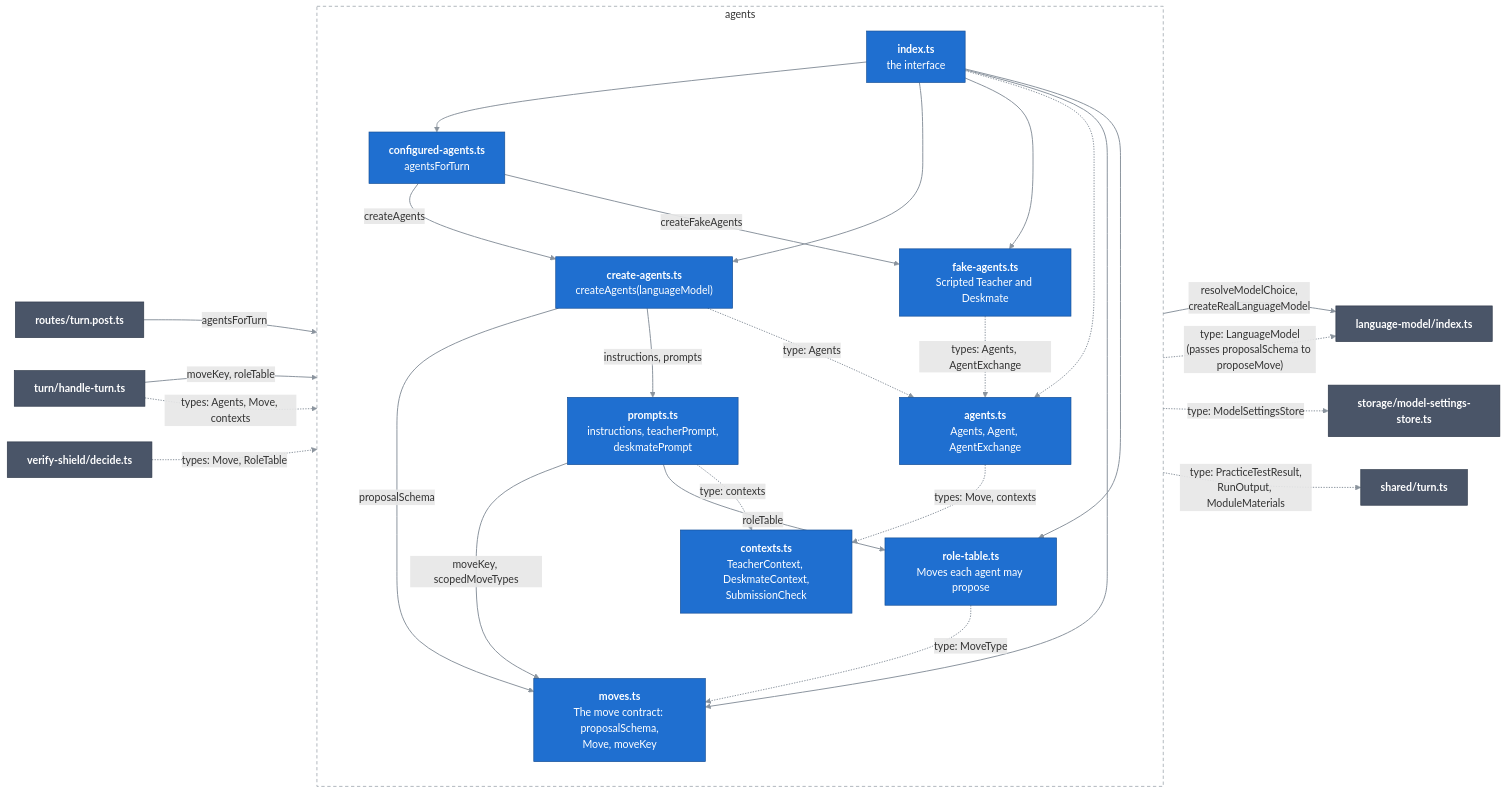
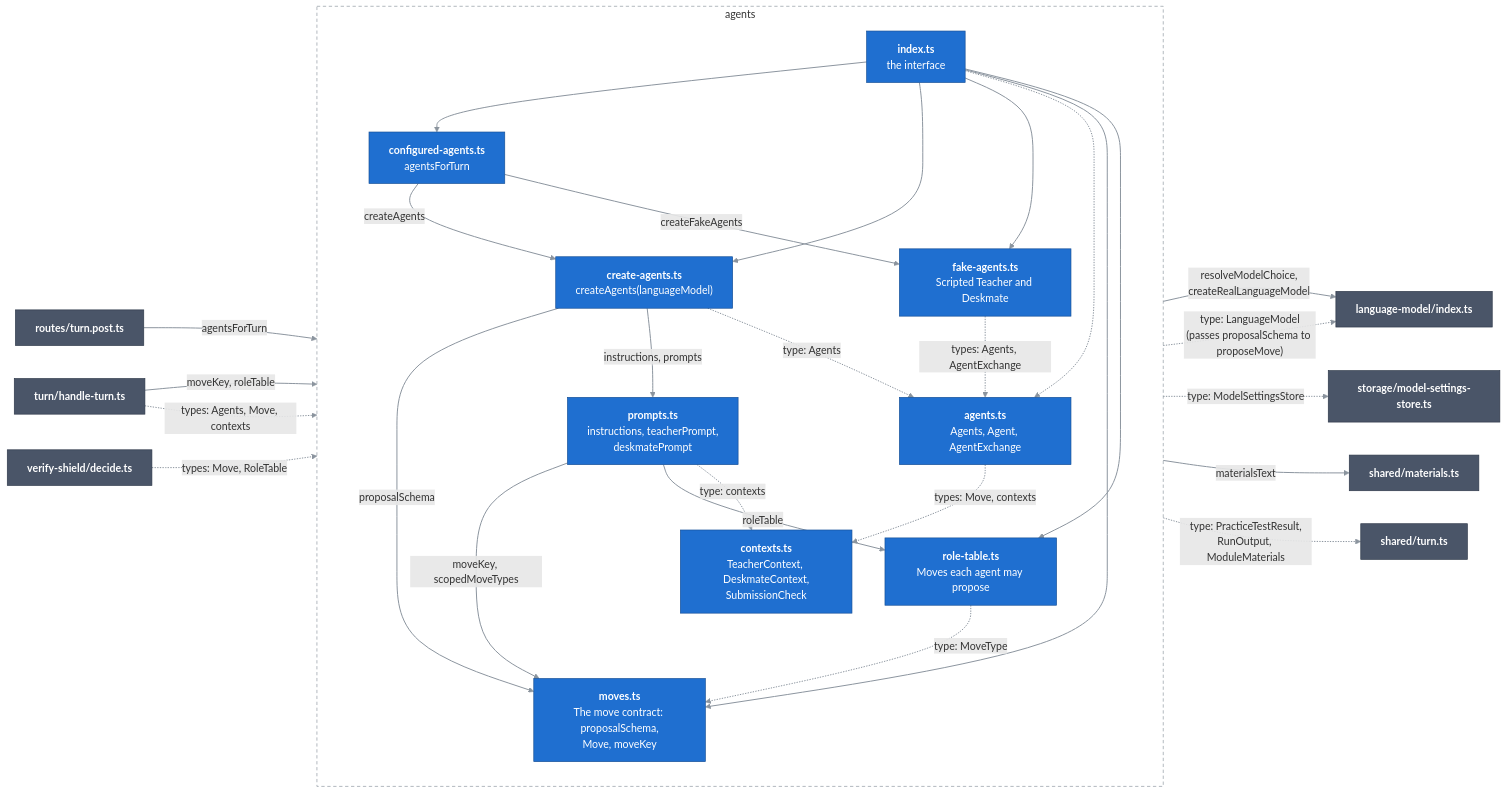
One commit to Bill2926/COS40005_HN9_Verifiable_Co-Learner_Agent changed the diagram in docs/c4/03-components/server/06-agents.md. Above: the diagram before and after it, drawn with Mermaid. The commit also changed other lines of this file and 20 other files, not shown here.

Commit message:
Keep a module's materials readable on a phone, including its diagram and video. (#181)

````diff
--- a/docs/c4/03-components/server/06-agents.md
+++ b/docs/c4/03-components/server/06-agents.md
@@ -11,54 +11,56 @@
 ```mermaid
 flowchart LR
   classDef comp fill:#1f6fd0,stroke:#164f96,color:#ffffff
   classDef near fill:#4a5568,stroke:#2d3748,color:#ffffff
   linkStyle default stroke:#8b949e,stroke-width:1.5px
 
   routes["<b>routes/turn.post.ts</b>"]:::near
   turn["<b>turn/handle-turn.ts</b>"]:::near
   lm["<b>language-model/index.ts</b>"]:::near
   storage["<b>storage/model-settings-store.ts</b>"]:::near
   shield["<b>verify-shield/decide.ts</b>"]:::near
-    turnTypes["<b>shared/turn.ts</b>"]:::near
+  turnTypes["<b>shared/turn.ts</b>"]:::near
+  mat["<b>shared/materials.ts</b>"]:::near
 
   subgraph agents["agents"]
     direction TB
     index["<b>index.ts</b><br/>the interface"]:::comp
     configured["<b>configured-agents.ts</b><br/>agentsForTurn"]:::comp
     create["<b>create-agents.ts</b><br/>createAgents(languageModel)"]:::comp
     fake["<b>fake-agents.ts</b><br/>Scripted Teacher and Deskmate"]:::comp
     iface["<b>agents.ts</b><br/>Agents, Agent, AgentExchange"]:::comp
     prompts["<b>prompts.ts</b><br/>instructions, teacherPrompt,<br/>deskmatePrompt"]:::comp
     moves["<b>moves.ts</b><br/>The move contract: proposalSchema,<br/>Move, moveKey"]:::comp
     roles["<b>role-table.ts</b><br/>Moves each agent may propose"]:::comp
     contexts["<b>contexts.ts</b><br/>TeacherContext, DeskmateContext,<br/>SubmissionCheck"]:::comp
   end
 
   routes -->|"agentsForTurn"| index
   turn -->|"moveKey, roleTable"| index
   turn -.->|"types: Agents, Move, contexts"| index
   shield -.->|"types: Move, RoleTable"| index
   index --> configured
   index --> create
   index --> fake
   index -.-> iface
   index --> moves
   index --> roles
   roles -.->|"type: MoveType"| moves
   configured -->|"resolveModelChoice,<br/>createRealLanguageModel"| lm
   configured -->|"createAgents"| create
   configured -->|"createFakeAgents"| fake
   configured -.->|"type: ModelSettingsStore"| storage
   create -.->|"type: LanguageModel<br/>(passes proposalSchema to proposeMove)"| lm
   create -->|"proposalSchema"| moves
   create -->|"instructions, prompts"| prompts
   create -.->|"type: Agents"| iface
   fake -.->|"types: Agents, AgentExchange"| iface
+  prompts -->|"materialsText"| mat
   prompts -->|"moveKey, scopedMoveTypes"| moves
   prompts -->|"roleTable"| roles
   prompts -.->|"type: contexts"| contexts
   iface -.->|"types: Move, contexts"| contexts
   contexts -.->|"type: PracticeTestResult,<br/>RunOutput, ModuleMaterials"| turnTypes
 
   style agents fill:none,stroke:#8b949e,stroke-dasharray:5 4
 ```
````
